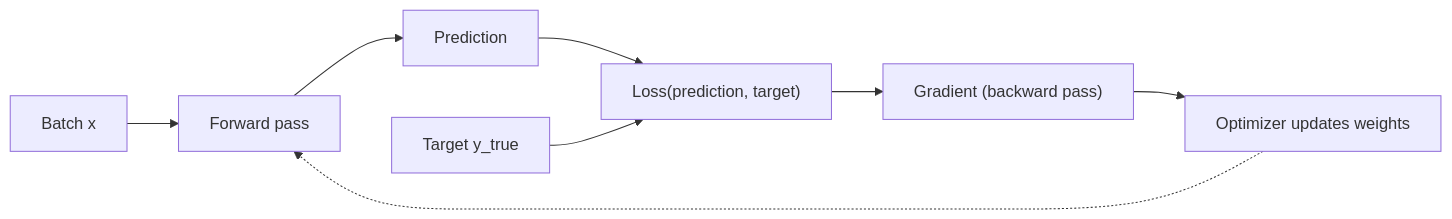
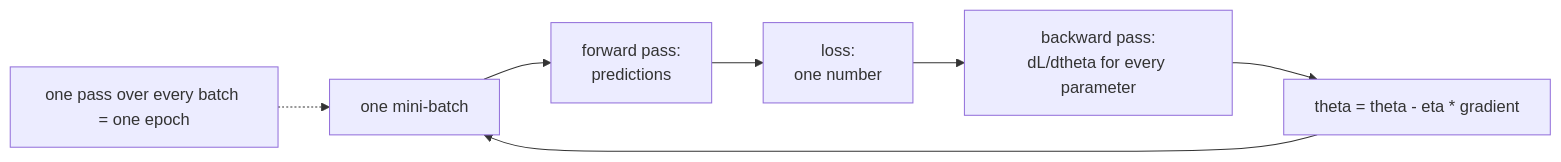
The diagram in src/content/docs/Deep Learning/Phase 01 - Neural Network Foundations/How Neural Networks Learn (Gradient-Based Optimization).mdx (Ravikisha/PythonCentralHub), drawn with Mermaid before and after one commit. The commit also changed other lines of this file and 626 other files, not shown here.

````diff
--- a/src/content/docs/Deep Learning/Phase 01 - Neural Network Foundations/How Neural Networks Learn (Gradient-Based Optimization).mdx
+++ b/src/content/docs/Deep Learning/Phase 01 - Neural Network Foundations/How Neural Networks Learn (Gradient-Based Optimization).mdx
@@ -26,9 +38,9 @@
-```mermaid title="One training step" desc="Forward pass produces a prediction, the loss compares it to the target, and the gradient tells the optimizer how to nudge every weight."
+```mermaid
 flowchart LR
-  X["Batch x"] --> F["Forward pass"] --> P["Prediction"]
-  P --> L["Loss(prediction, target)"]
-  Y["Target y_true"] --> L
-  L --> G["Gradient (backward pass)"]
-  G --> U["Optimizer updates weights"]
-  U -.-> F
+  B["one mini-batch"] --> F["forward pass:<br/>predictions"]
+  F --> L["loss:<br/>one number"]
+  L --> G["backward pass:<br/>dL/dtheta for every parameter"]
+  G --> U["theta = theta - eta * gradient"]
+  U --> B
+  N["one pass over every batch = one epoch"] -.-> B
 ```
````
